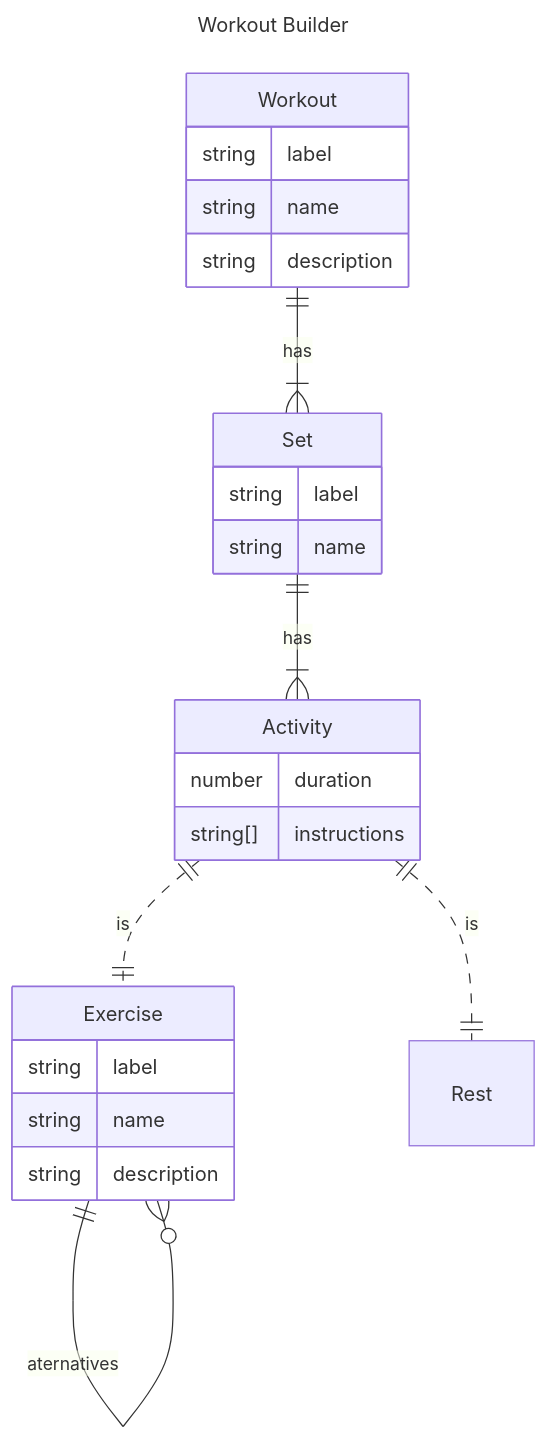
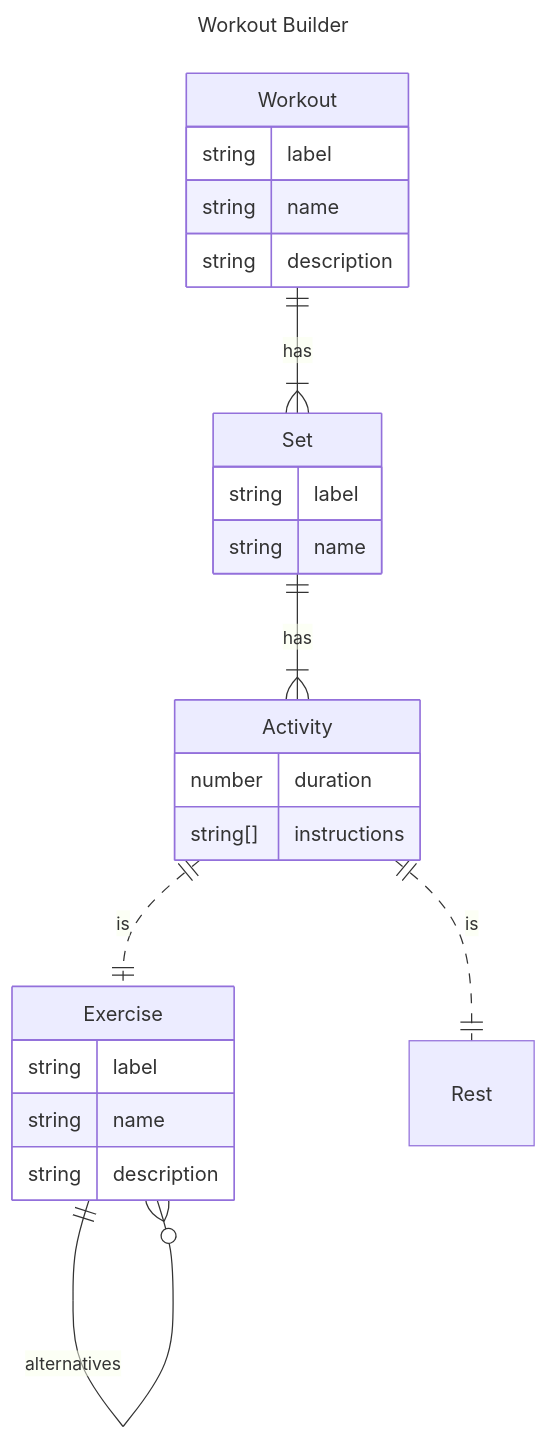
The diagram in README.md (jmakeig/workout-builder3), drawn with Mermaid before and after one commit. The commit also changed other lines of this file, not shown here.

````diff
--- a/README.md
+++ b/README.md
@@ -9,35 +9,35 @@
 ```mermaid
 ---
 title: Workout Builder
 config:
   # layout: elk
   # look: handDrawn
 ---
 
 erDiagram
     Workout {
         string label
         string name
         string description
     }
     Set {
         string label
         string name
     }
     Activity {
         number duration
         string[] instructions
     }
     Exercise {
         string label
         string name
         string description
     }
     Rest { }
 
     Workout ONE TO ONE OR MORE Set : "has"
     Set ONE TO ONE OR MORE Activity : "has"
     Activity ||..|| Exercise : "is"
     Activity ||..|| Rest : "is"
-    Exercise ONE TO ZERO OR MORE Exercise : "aternatives"
+    Exercise ONE TO ZERO OR MORE Exercise : "alternatives"
 ```
````
